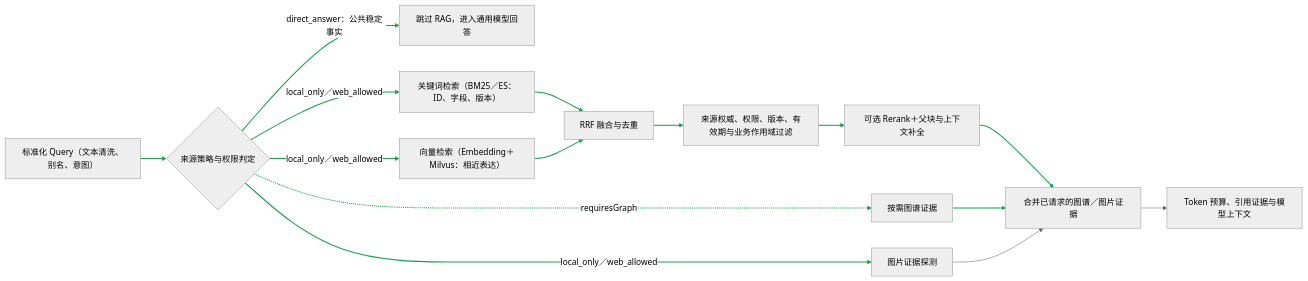
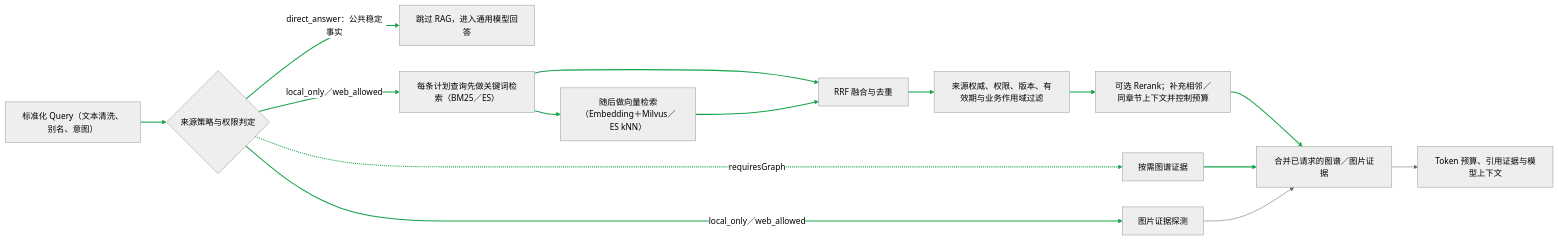
Before and after one commit to monstereatai/RAG: diagram 13 of 29 in docs/interview/功能步骤流程.md, drawn with Mermaid (neutral theme). The commit also changed other lines of this file and 224 other files, not shown here.

````diff
--- a/docs/interview/功能步骤流程.md
+++ b/docs/interview/功能步骤流程.md
@@ -651,18 +653,18 @@
 ```mermaid
 flowchart LR
   A[标准化 Query（文本清洗、别名、意图）] --> S{来源策略与权限判定}
   S -->|direct_answer：公共稳定事实| X[跳过 RAG，进入通用模型回答]
-  S -->|local_only／web_allowed| B[关键词检索（BM25／ES：ID、字段、版本）]
-  S -->|local_only／web_allowed| C[向量检索（Embedding＋Milvus：相近表达）]
+  S -->|local_only／web_allowed| B[每条计划查询先做关键词检索（BM25／ES）]
+  B --> C[随后做向量检索（Embedding＋Milvus／ES kNN）]
   S -. requiresGraph .-> D[按需图谱证据]
   S -->|local_only／web_allowed| P[图片证据探测]
   B --> E[RRF 融合与去重]
   C --> E
   E --> F[来源权威、权限、版本、有效期与业务作用域过滤]
-  F --> G[可选 Rerank＋父块与上下文补全]
+  F --> G[可选 Rerank；补充相邻／同章节上下文并控制预算]
   G --> H[合并已请求的图谱／图片证据]
   D --> H
   P --> H
   H --> I[Token 预算、引用证据与模型上下文]
   linkStyle 0,1,2,3,4,5,6,7,8,9,10,11 stroke:#16a34a,stroke-width:2px
 ```
````
